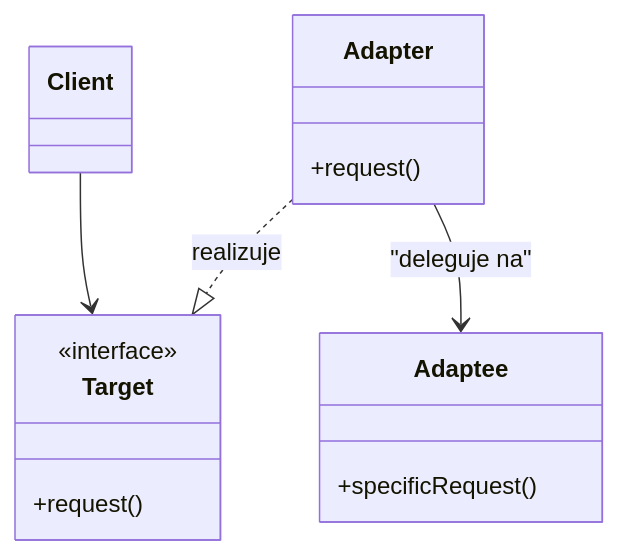
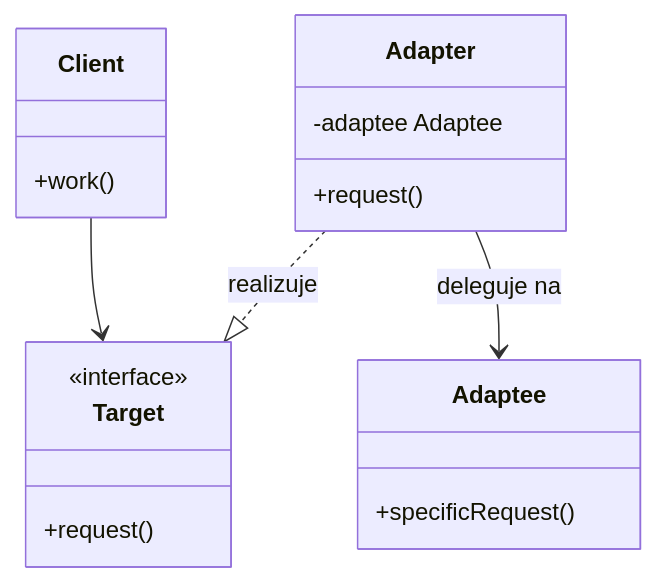
Before and after one commit to Veselyy/VUT-school: the first of 4 diagrams in IPP/otazky.md, drawn with Mermaid. The commit also changed other lines of this file and 9 other files, not shown here.

First line of the commit message:
Enhance UML diagrams and Mermaid integration in documentation

````diff
--- a/IPP/otazky.md
+++ b/IPP/otazky.md
@@ -43,14 +43,26 @@
 ```mermaid
+---
+config:
+  class:
+    hideEmptyMembersBox: true
+---
 classDiagram
-    class Client
-    class Target
-    class Adapter
-    class Adaptee
-    <<interface>> Target
-    Target : +request()
-    Adapter : +request()
-    Adaptee : +specificRequest()
     Client --> Target
     Adapter ..|> Target : realizuje
-    Adapter --> Adaptee : "deleguje na"
+    Adapter --> Adaptee : deleguje na
+
+    class Client {
+        +work()
+    }
+    class Target {
+        <<interface>>
+        +request()
+    }
+    class Adapter {
+        -adaptee Adaptee
+        +request()
+    }
+    class Adaptee {
+        +specificRequest()
+    }
 ```
````
